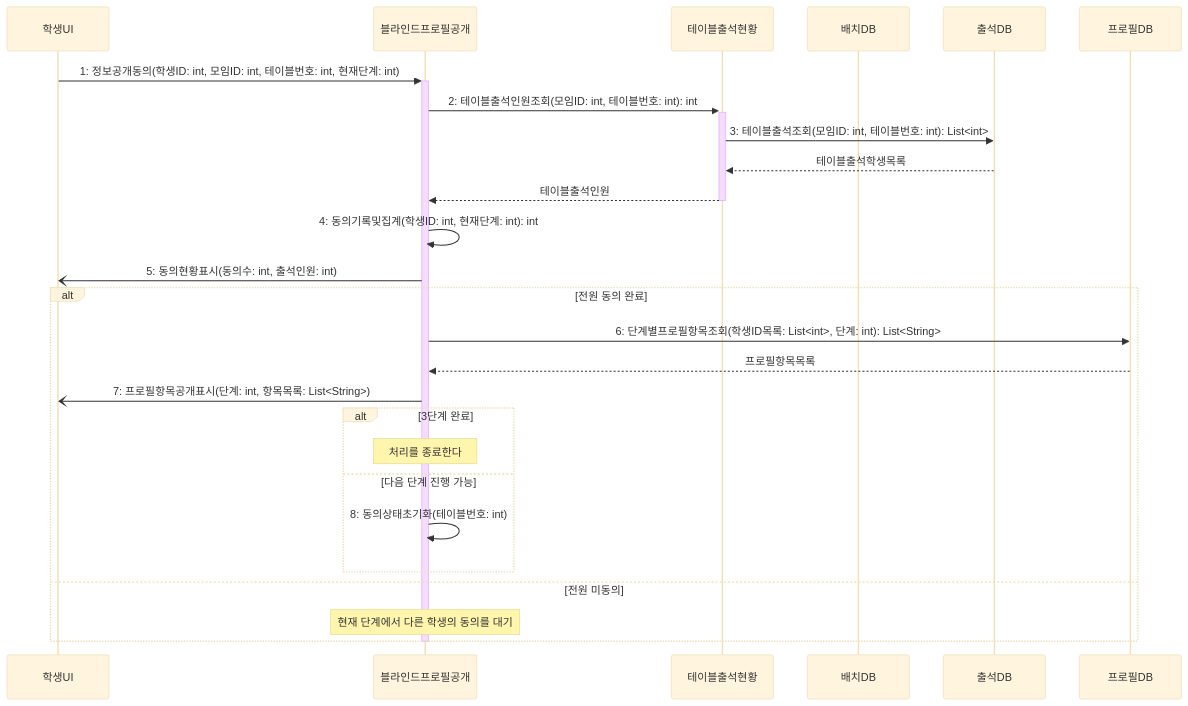
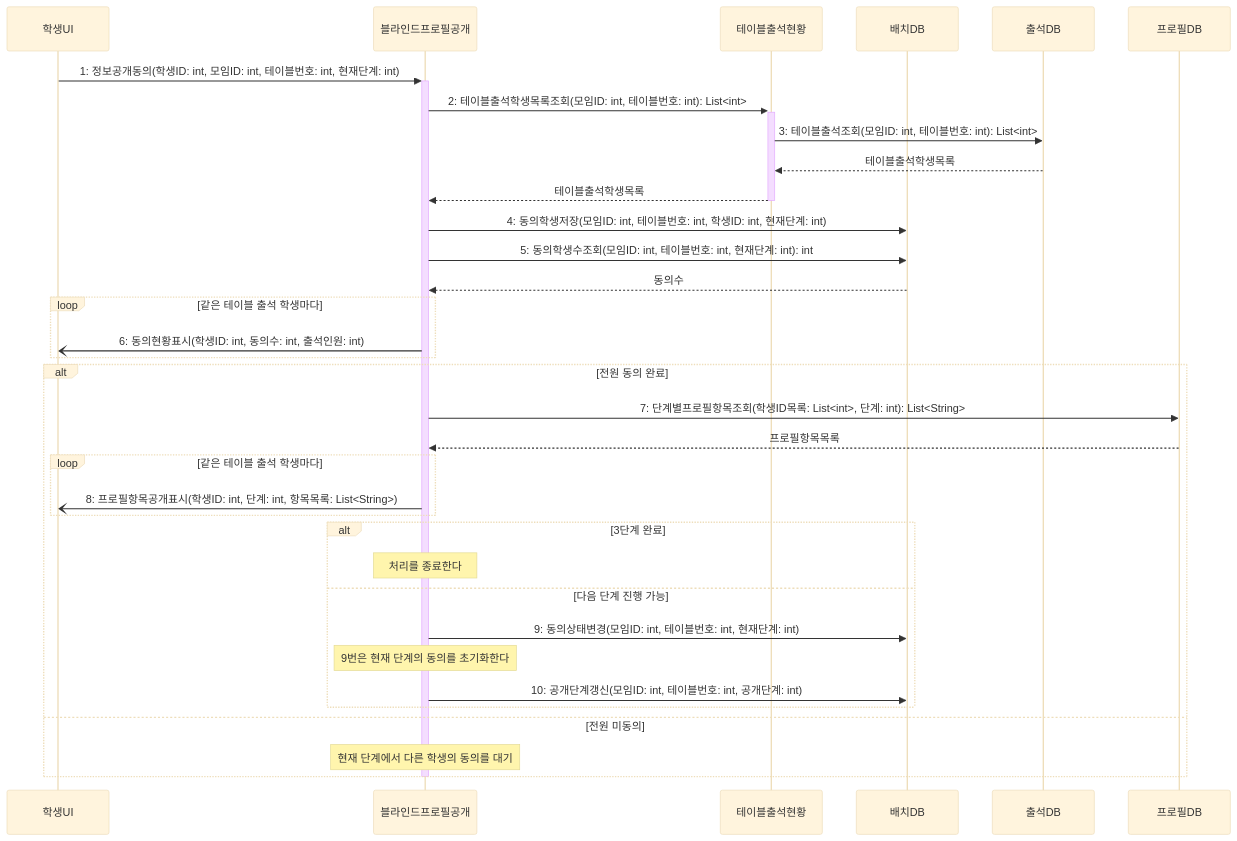
Before and after one commit to hojae3/sw-engineering-16: the diagram in sequence/seq-08.md, drawn with Mermaid (base theme). The commit also changed other lines of this file and 8 other files, not shown here.

````diff
--- a/sequence/seq-08.md
+++ b/sequence/seq-08.md
@@ -25,33 +25,41 @@
 ```mermaid
 sequenceDiagram
     participant 학생UI as 학생UI
     participant 공개 as 블라인드프로필공개
     participant 현황 as 테이블출석현황
     participant 배치DB as 배치DB
     participant 출석DB as 출석DB
     participant 프로필DB as 프로필DB
 
     학생UI->>+공개: 1: 정보공개동의(학생ID: int, 모임ID: int, 테이블번호: int, 현재단계: int)
-    공개->>+현황: 2: 테이블출석인원조회(모임ID: int, 테이블번호: int): int
+    공개->>+현황: 2: 테이블출석학생목록조회(모임ID: int, 테이블번호: int): List<int>
     현황->>출석DB: 3: 테이블출석조회(모임ID: int, 테이블번호: int): List<int>
     출석DB-->>현황: 테이블출석학생목록
-    현황-->>-공개: 테이블출석인원
+    현황-->>-공개: 테이블출석학생목록
 
-    공개->>공개: 4: 동의기록및집계(학생ID: int, 현재단계: int): int
-    공개-)학생UI: 5: 동의현황표시(동의수: int, 출석인원: int)
+    공개->>배치DB: 4: 동의학생저장(모임ID: int, 테이블번호: int, 학생ID: int, 현재단계: int)
+    공개->>배치DB: 5: 동의학생수조회(모임ID: int, 테이블번호: int, 현재단계: int): int
+    배치DB-->>공개: 동의수
+    loop 같은 테이블 출석 학생마다
+        공개-)학생UI: 6: 동의현황표시(학생ID: int, 동의수: int, 출석인원: int)
+    end
 
     alt 전원 동의 완료
-        공개->>프로필DB: 6: 단계별프로필항목조회(학생ID목록: List<int>, 단계: int): List<String>
+        공개->>프로필DB: 7: 단계별프로필항목조회(학생ID목록: List<int>, 단계: int): List<String>
         프로필DB-->>공개: 프로필항목목록
-        공개-)학생UI: 7: 프로필항목공개표시(단계: int, 항목목록: List<String>)
+        loop 같은 테이블 출석 학생마다
+            공개-)학생UI: 8: 프로필항목공개표시(학생ID: int, 단계: int, 항목목록: List<String>)
+        end
 
         alt 3단계 완료
             Note over 공개: 처리를 종료한다
         else 다음 단계 진행 가능
-            공개->>공개: 8: 동의상태초기화(테이블번호: int)
+            공개->>배치DB: 9: 동의상태변경(모임ID: int, 테이블번호: int, 현재단계: int)
+            Note over 공개: 9번은 현재 단계의 동의를 초기화한다
+            공개->>배치DB: 10: 공개단계갱신(모임ID: int, 테이블번호: int, 공개단계: int)
         end
     else 전원 미동의
         Note over 공개: 현재 단계에서 다른 학생의 동의를 대기
     end
     deactivate 공개
 ```
````
